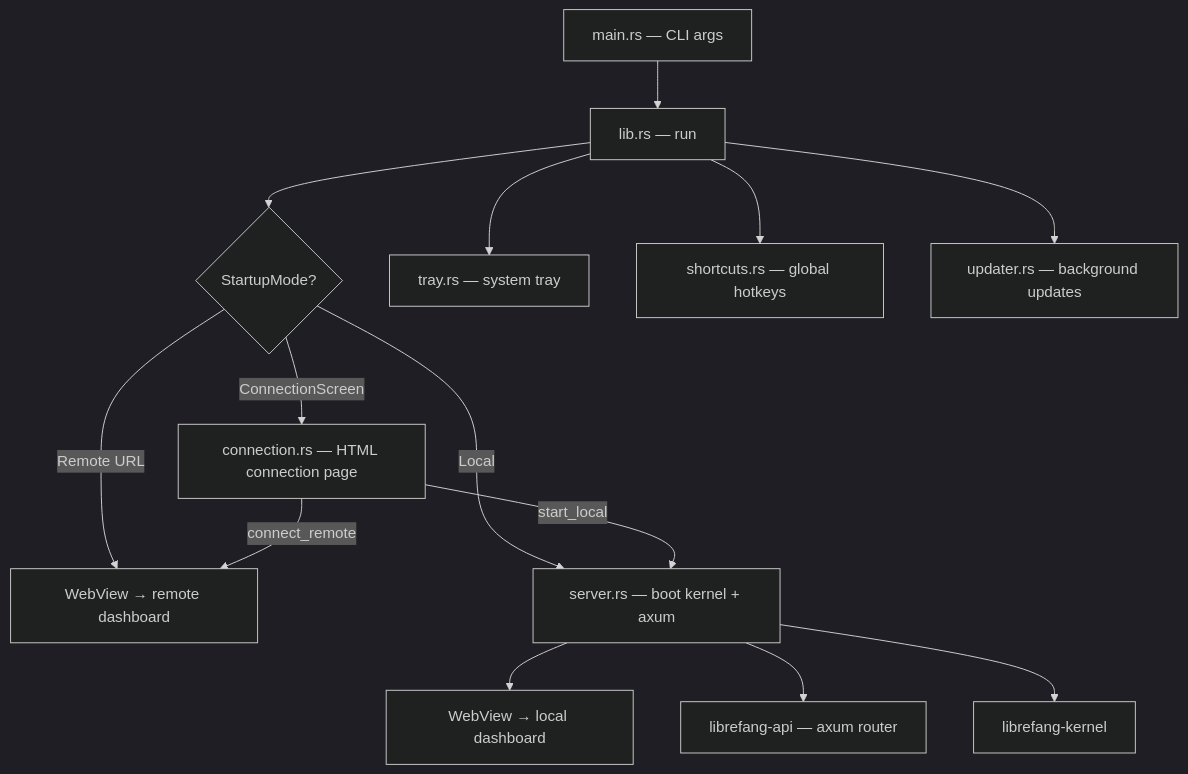
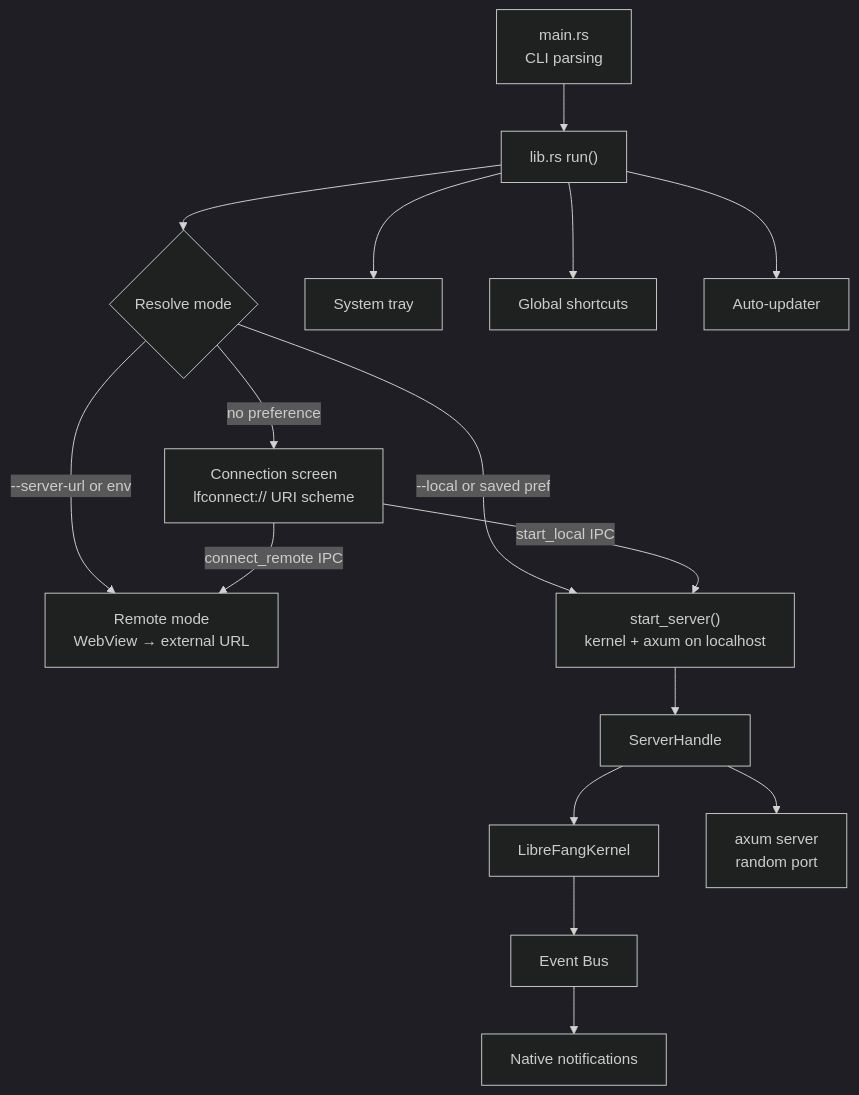
One commit to leszek3737/librefang-WIki changed the diagram in desktop-application.md. Above: the diagram before and after it, drawn with Mermaid (dark theme). The commit also changed other lines of this file and 100 other files, not shown here.

````diff
--- a/desktop-application.md
+++ b/desktop-application.md
@@ -9,16 +11,21 @@
 ```mermaid
 graph TD
-    CLI[main.rs — CLI args] --> RUN[lib.rs — run]
-    RUN --> MODE{StartupMode?}
-    MODE -->|Remote URL| NAV1[WebView → remote dashboard]
-    MODE -->|Local| SRV[server.rs — boot kernel + axum]
-    MODE -->|ConnectionScreen| CONN[connection.rs — HTML connection page]
-    SRV --> NAV2[WebView → local dashboard]
-    CONN -->|connect_remote| NAV1
-    CONN -->|start_local| SRV
-    RUN --> TRAY[tray.rs — system tray]
-    RUN --> SHORT[shortcuts.rs — global hotkeys]
-    RUN --> UPD[updater.rs — background updates]
-    SRV --> API[librefang-api — axum router]
-    SRV --> KERNEL[librefang-kernel]
+    CLI["main.rs<br/>CLI parsing"] --> RUN["lib.rs run()"]
+    RUN --> MODE{"Resolve mode"}
+    MODE -->|"--server-url or env"| REMOTE["Remote mode<br/>WebView → external URL"]
+    MODE -->|"--local or saved pref"| LOCAL["start_server()<br/>kernel + axum on localhost"]
+    MODE -->|"no preference"| CONN["Connection screen<br/>lfconnect:// URI scheme"]
+
+    CONN -->|"start_local IPC"| LOCAL
+    CONN -->|"connect_remote IPC"| REMOTE
+
+    LOCAL --> SH["ServerHandle"]
+    SH --> KERNEL["LibreFangKernel"]
+    SH --> AXUM["axum server<br/>random port"]
+    KERNEL --> BUS["Event Bus"]
+    BUS --> NOTIFY["Native notifications"]
+
+    RUN --> TRAY["System tray"]
+    RUN --> SHORTCUTS["Global shortcuts"]
+    RUN --> UPDATER["Auto-updater"]
 ```
````
